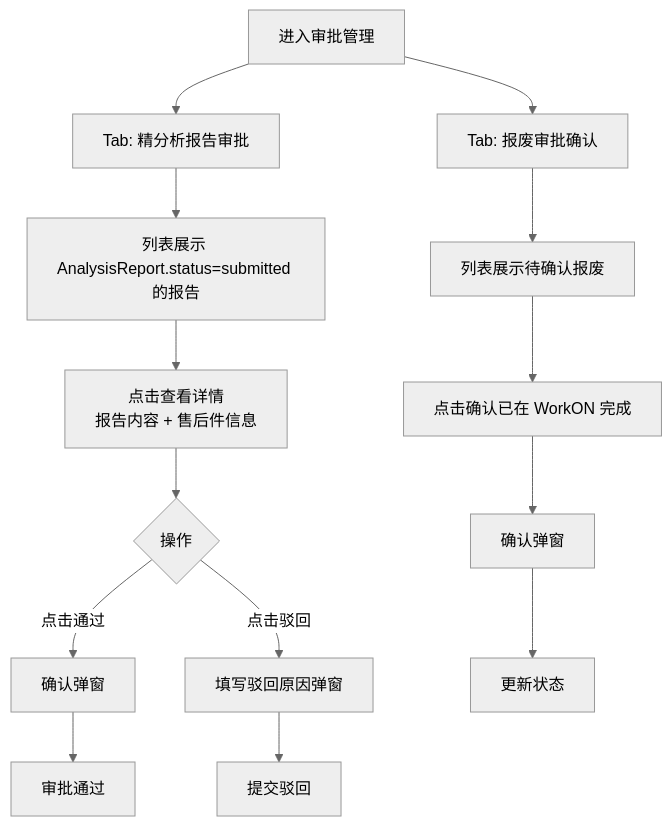
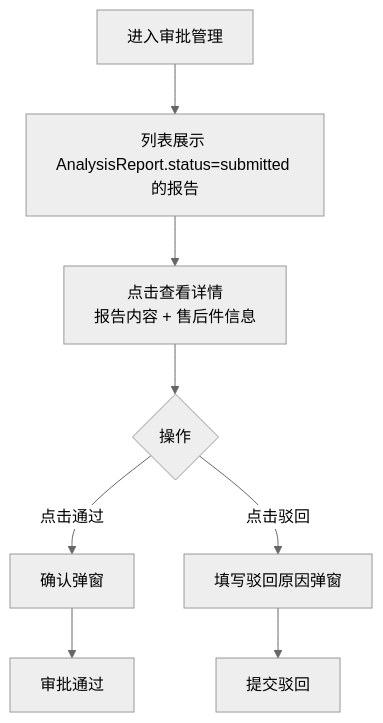
Before and after one commit to xvfeiran/wfam-doc: diagram 11 of 15 in 01-设计文档/开发设计文档.md, drawn with Mermaid (neutral theme). The commit also changed other lines of this file and 1 other file, not shown here.

First line of the commit message:
feat: enhance part list, analysis order list columns and sampling modal

````diff
--- a/01-设计文档/开发设计文档.md
+++ b/01-设计文档/开发设计文档.md
@@ -645,19 +717,11 @@
 ```mermaid
 flowchart TD
-    Enter[进入审批管理]
-
-    Enter --> TabReport[Tab: 精分析报告审批]
-    TabReport --> ListReports[列表展示 AnalysisReport.status=submitted 的报告]
-    ListReports --> ViewDetail[点击查看详情\n报告内容 + 售后件信息]
+    Enter[进入审批管理] --> ListReports[列表展示 AnalysisReport.status=submitted 的报告]
+    ListReports --> ViewDetail[点击查看详情
+    报告内容 + 售后件信息]
     ViewDetail --> Action{操作}
     Action -->|点击通过| ConfirmApprove[确认弹窗]
     ConfirmApprove --> Approved[审批通过]
     Action -->|点击驳回| FillReason[填写驳回原因弹窗]
     FillReason --> Rejected[提交驳回]
-
-    Enter --> TabScrap[Tab: 报废审批确认]
-    TabScrap --> ListScrap[列表展示待确认报废]
-    ListScrap --> ConfirmBtn[点击确认已在 WorkON 完成]
-    ConfirmBtn --> ConfirmDlg[确认弹窗]
-    ConfirmDlg --> UpdateStatus[更新状态]
 ```
````
